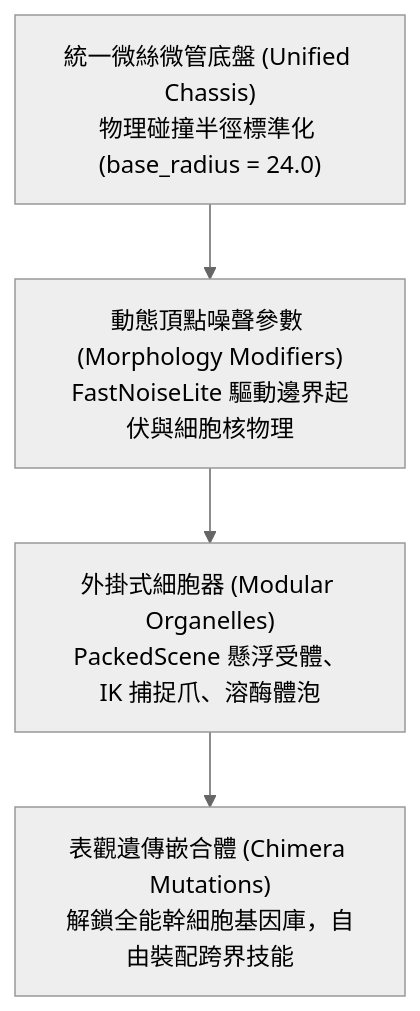
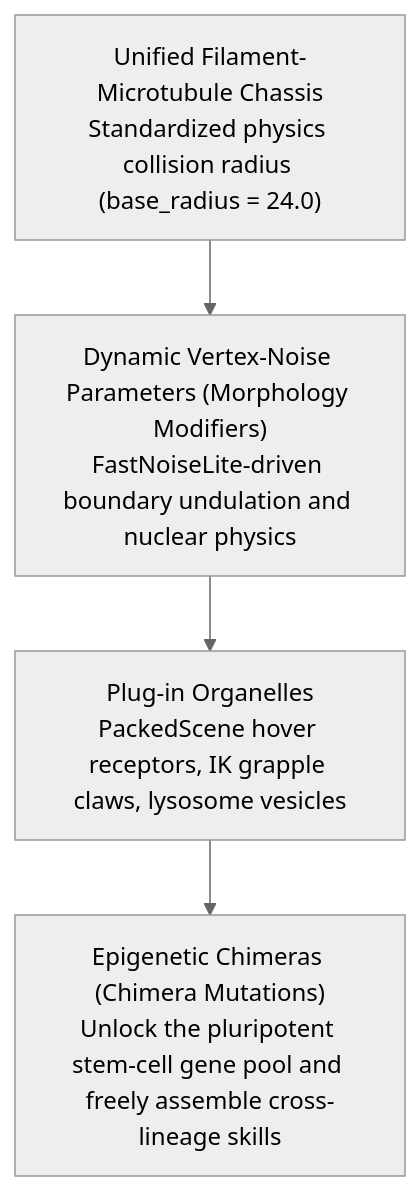
Before and after one commit to skyrocket-qy/Phagocyte: the diagram in docs/cell.md, drawn with Mermaid (neutral theme). The commit also changed other lines of this file and 17 other files, not shown here.

````diff
--- a/docs/cell.md
+++ b/docs/cell.md
@@ -9,6 +9,6 @@
 ```mermaid
 graph TD
-    A["統一微絲微管底盤 (Unified Chassis)<br>物理碰撞半徑標準化 (base_radius = 24.0)"] --> B["動態頂點噪聲參數 (Morphology Modifiers)<br>FastNoiseLite 驅動邊界起伏與細胞核物理"]
-    B --> C["外掛式細胞器 (Modular Organelles)<br>PackedScene 懸浮受體、IK 捕捉爪、溶酶體泡"]
-    C --> D["表觀遺傳嵌合體 (Chimera Mutations)<br>解鎖全能幹細胞基因庫，自由裝配跨界技能"]
+    A["Unified Filament-Microtubule Chassis<br>Standardized physics collision radius (base_radius = 24.0)"] --> B["Dynamic Vertex-Noise Parameters (Morphology Modifiers)<br>FastNoiseLite-driven boundary undulation and nuclear physics"]
+    B --> C["Plug-in Organelles<br>PackedScene hover receptors, IK grapple claws, lysosome vesicles"]
+    C --> D["Epigenetic Chimeras (Chimera Mutations)<br>Unlock the pluripotent stem-cell gene pool and freely assemble cross-lineage skills"]
 ```
````
